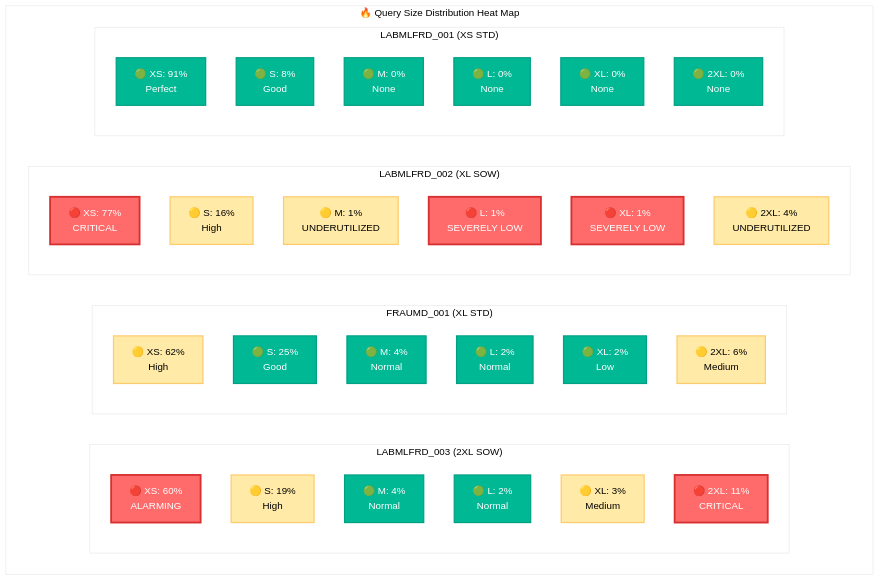
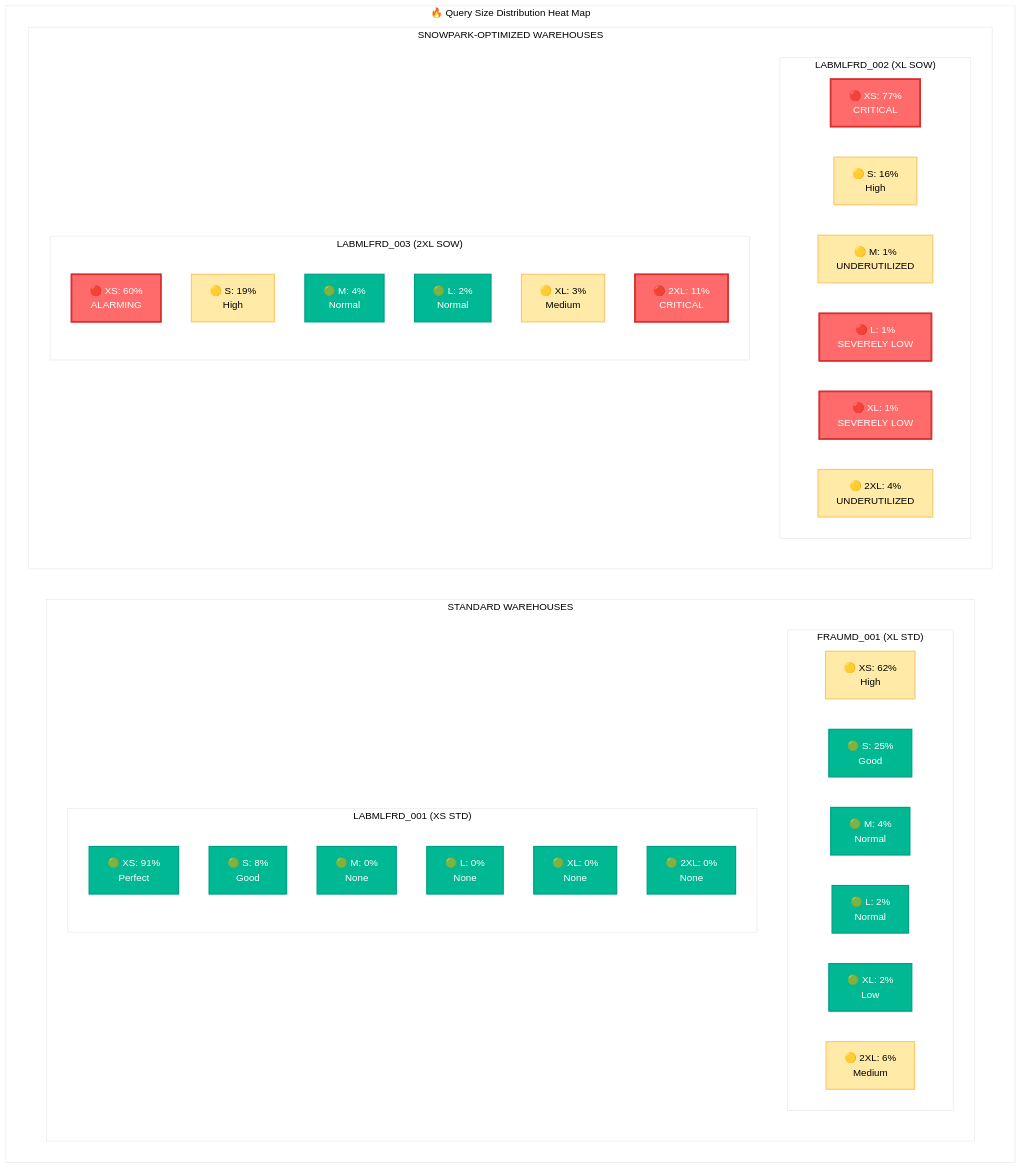
One commit to sfc-gh-mhindi/REPO_CBA changed the first of 3 diagrams in WH Analysis/FRAUMD_Warehouse_Analysis_Guide.md. Above: the diagram before and after it, drawn with Mermaid. The commit also changed other lines of this file, not shown here.

````diff
--- a/WH Analysis/FRAUMD_Warehouse_Analysis_Guide.md
+++ b/WH Analysis/FRAUMD_Warehouse_Analysis_Guide.md
@@ -103,49 +94,53 @@
 ```mermaid
 %%{init: {'theme':'base', 'themeVariables': { 'primaryColor': '#ff6b6b', 'primaryTextColor': '#fff', 'primaryBorderColor': '#7C0000', 'lineColor': '#F8B229', 'secondaryColor': '#006100', 'tertiaryColor': '#fff'}}}%%
 flowchart TB
     subgraph "🔥 Query Size Distribution Heat Map"
-        subgraph "LABMLFRD_003 (2XL SOW)"
-            L003_XS["🔴 XS: 60%<br/>ALARMING"]
-            L003_S["🟡 S: 19%<br/>High"]
-            L003_M["🟢 M: 4%<br/>Normal"]
-            L003_L["🟢 L: 2%<br/>Normal"]
-            L003_XL["🟡 XL: 3%<br/>Medium"]
-            L003_2XL["🔴 2XL: 11%<br/>CRITICAL"]
+        subgraph "STANDARD WAREHOUSES"
+            subgraph "FRAUMD_001 (XL STD)"
+                F001_XS["🟡 XS: 62%<br/>High"]
+                F001_S["🟢 S: 25%<br/>Good"]
+                F001_M["🟢 M: 4%<br/>Normal"]
+                F001_L["🟢 L: 2%<br/>Normal"]
+                F001_XL["🟢 XL: 2%<br/>Low"]
+                F001_2XL["🟡 2XL: 6%<br/>Medium"]
+            end
+            
+            subgraph "LABMLFRD_001 (XS STD)"
+                L001_XS["🟢 XS: 91%<br/>Perfect"]
+                L001_S["🟢 S: 8%<br/>Good"]
+                L001_M["🟢 M: 0%<br/>None"]
+                L001_L["🟢 L: 0%<br/>None"]
+                L001_XL["🟢 XL: 0%<br/>None"]
+                L001_2XL["🟢 2XL: 0%<br/>None"]
+            end
         end
         
-        subgraph "FRAUMD_001 (XL STD)"
-            F001_XS["🟡 XS: 62%<br/>High"]
-            F001_S["🟢 S: 25%<br/>Good"]
-            F001_M["🟢 M: 4%<br/>Normal"]
-            F001_L["🟢 L: 2%<br/>Normal"]
-            F001_XL["🟢 XL: 2%<br/>Low"]
-            F001_2XL["🟡 2XL: 6%<br/>Medium"]
-        end
-        
-        subgraph "LABMLFRD_002 (XL SOW)"
-            L002_XS["🔴 XS: 77%<br/>CRITICAL"]
-            L002_S["🟡 S: 16%<br/>High"]
-            L002_M["🟡 M: 1%<br/>UNDERUTILIZED"]
-            L002_L["🔴 L: 1%<br/>SEVERELY LOW"]
-            L002_XL["🔴 XL: 1%<br/>SEVERELY LOW"]
-            L002_2XL["🟡 2XL: 4%<br/>UNDERUTILIZED"]
-        end
-        
-        subgraph "LABMLFRD_001 (XS STD)"
-            L001_XS["🟢 XS: 91%<br/>Perfect"]
-            L001_S["🟢 S: 8%<br/>Good"]
-            L001_M["🟢 M: 0%<br/>None"]
-            L001_L["🟢 L: 0%<br/>None"]
-            L001_XL["🟢 XL: 0%<br/>None"]
-            L001_2XL["🟢 2XL: 0%<br/>None"]
+        subgraph "SNOWPARK-OPTIMIZED WAREHOUSES"
+            subgraph "LABMLFRD_002 (XL SOW)"
+                L002_XS["🔴 XS: 77%<br/>CRITICAL"]
+                L002_S["🟡 S: 16%<br/>High"]
+                L002_M["🟡 M: 1%<br/>UNDERUTILIZED"]
+                L002_L["🔴 L: 1%<br/>SEVERELY LOW"]
+                L002_XL["🔴 XL: 1%<br/>SEVERELY LOW"]
+                L002_2XL["🟡 2XL: 4%<br/>UNDERUTILIZED"]
+            end
+            
+            subgraph "LABMLFRD_003 (2XL SOW)"
+                L003_XS["🔴 XS: 60%<br/>ALARMING"]
+                L003_S["🟡 S: 19%<br/>High"]
+                L003_M["🟢 M: 4%<br/>Normal"]
+                L003_L["🟢 L: 2%<br/>Normal"]
+                L003_XL["🟡 XL: 3%<br/>Medium"]
+                L003_2XL["🔴 2XL: 11%<br/>CRITICAL"]
+            end
         end
     end
     
     classDef critical fill:#ff6b6b,stroke:#d63031,stroke-width:3px,color:#fff
     classDef warning fill:#ffeaa7,stroke:#fdcb6e,stroke-width:2px,color:#000
     classDef good fill:#00b894,stroke:#00a085,stroke-width:2px,color:#fff
     
     class L003_XS,L003_2XL,L002_XS,L002_L,L002_XL critical
     class L003_S,L003_XL,F001_XS,F001_2XL,L002_S,L002_M,L002_2XL warning
     class L003_M,L003_L,F001_S,F001_M,F001_L,F001_XL,L001_XS,L001_S,L001_M,L001_L,L001_XL,L001_2XL good
 ```
````
